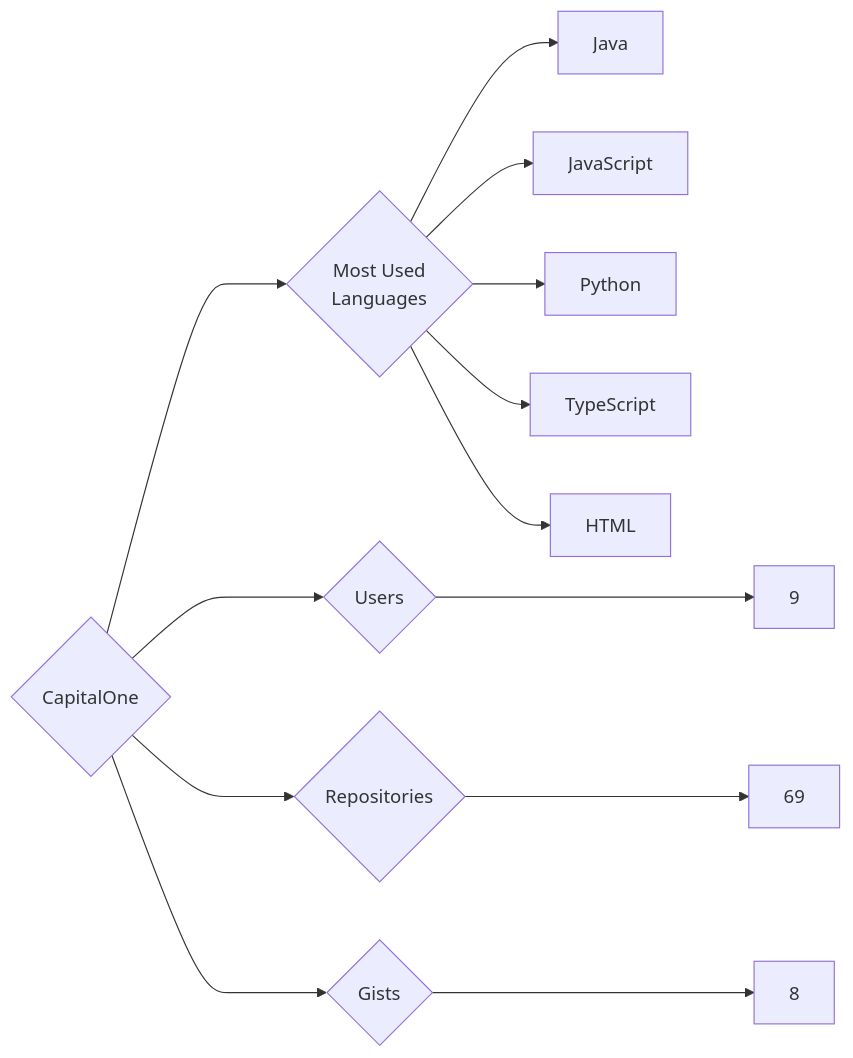
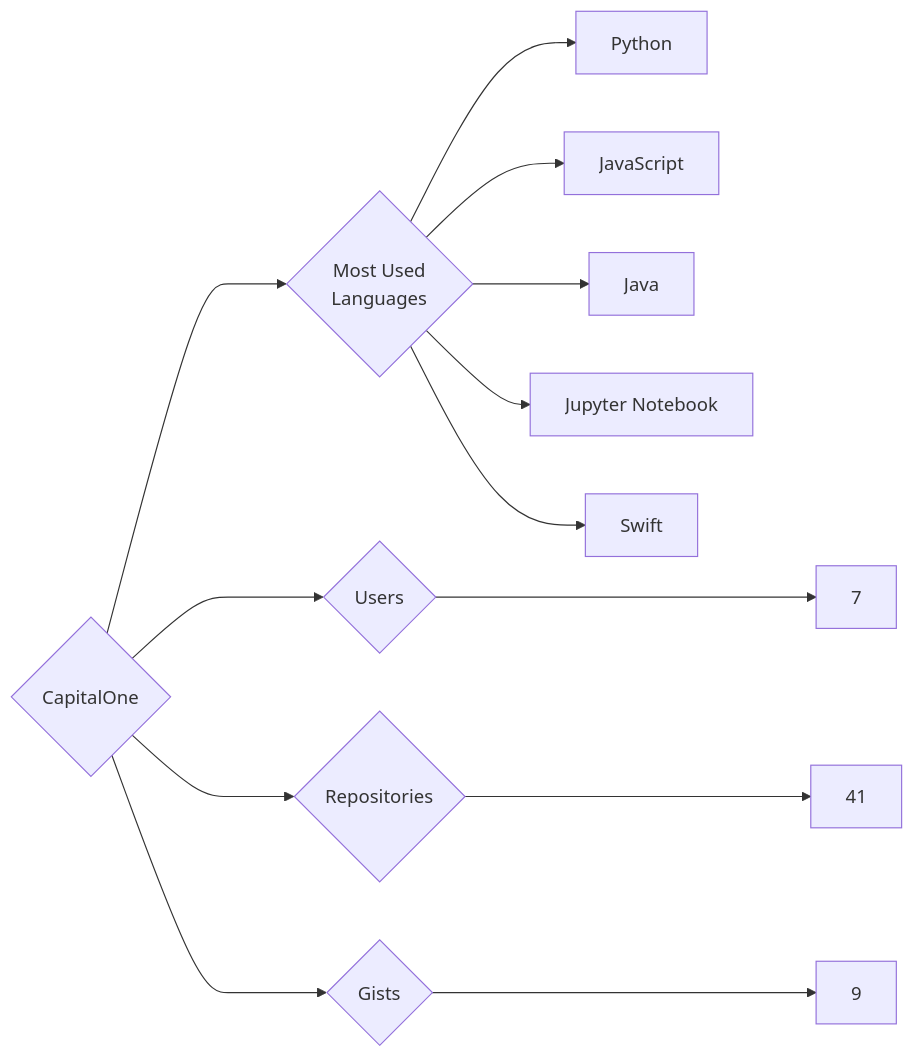
The diagram in targets/CapitalOne/README.md (trickest/insiders), drawn with Mermaid before and after one commit. The commit also changed 1120 other files, not shown here.

````diff
--- a/targets/CapitalOne/README.md
+++ b/targets/CapitalOne/README.md
@@ -3,13 +3,13 @@
 ```mermaid
 graph LR
 COMPANY_NAME{CapitalOne}
-COMPANY_NAME ---> U{Users} ---> UN[9]
-COMPANY_NAME ---> R{Repositories} ---> RN[69]
-COMPANY_NAME ---> G{Gists} ---> GN[8]
+COMPANY_NAME ---> U{Users} ---> UN[7]
+COMPANY_NAME ---> R{Repositories} ---> RN[41]
+COMPANY_NAME ---> G{Gists} ---> GN[9]
 COMPANY_NAME ---> ML{Most Used<br>Languages}
+ML --> Python[Python]
+ML --> JavaScript[JavaScript]
 ML --> Java[Java]
-ML --> JavaScript[JavaScript]
-ML --> Python[Python]
-ML --> TypeScript[TypeScript]
-ML --> HTML[HTML]
+ML --> Jupyter_Notebook[Jupyter Notebook]
+ML --> Swift[Swift]
 ```
````
